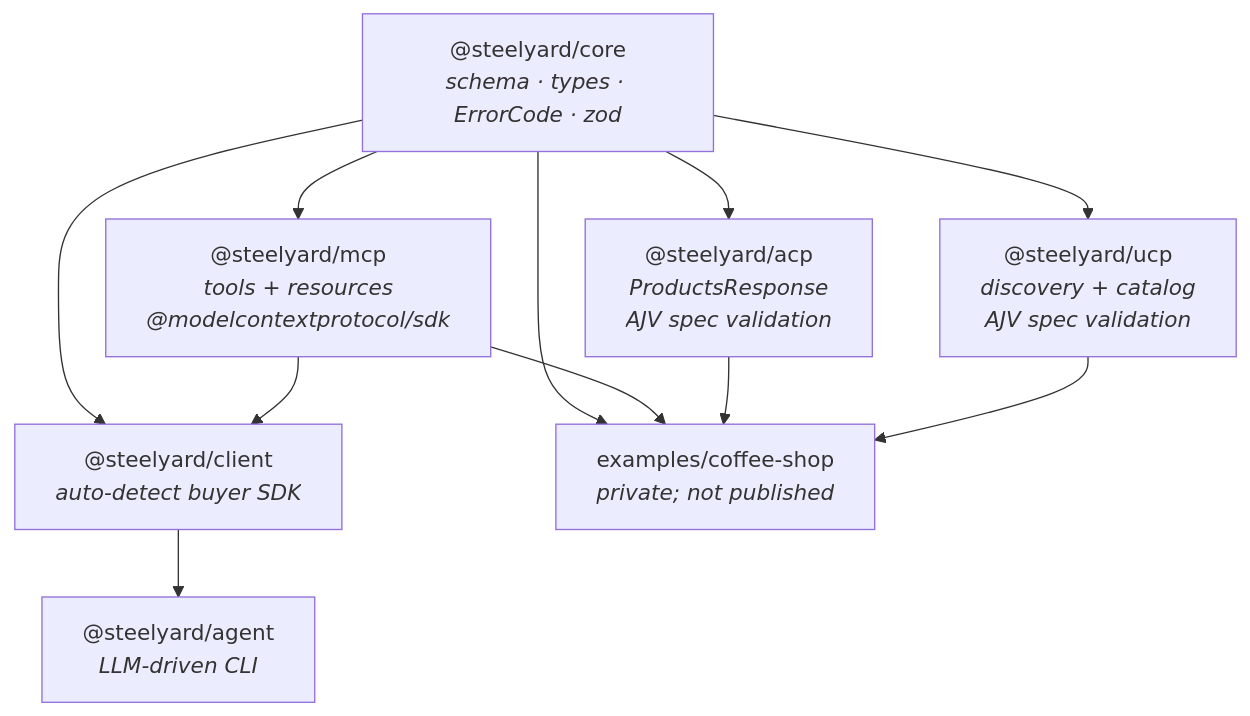
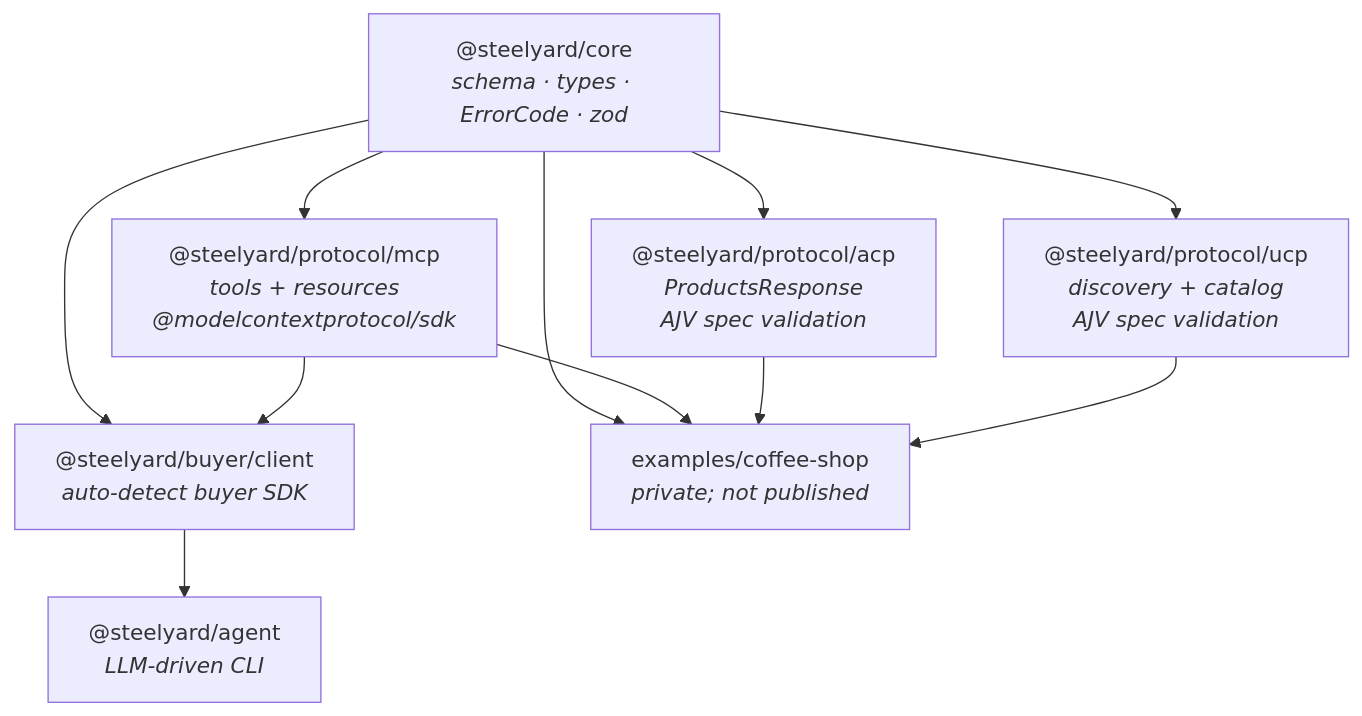
One commit to steelyard-dev/steelyard-sdk changed the first of 2 diagrams in docs/architecture.md. Above: the diagram before and after it, drawn with Mermaid. The commit also changed other lines of this file and 24 other files, not shown here.

````diff
--- a/docs/architecture.md
+++ b/docs/architecture.md
@@ -5,21 +5,21 @@
 ```mermaid
 graph TD
   core["@steelyard/core<br/><i>schema · types · ErrorCode · zod</i>"]
-  mcp["@steelyard/mcp<br/><i>tools + resources<br/>@modelcontextprotocol/sdk</i>"]
-  acp["@steelyard/acp<br/><i>ProductsResponse<br/>AJV spec validation</i>"]
-  ucp["@steelyard/ucp<br/><i>discovery + catalog<br/>AJV spec validation</i>"]
-  client["@steelyard/client<br/><i>auto-detect buyer SDK</i>"]
+  mcp["@steelyard/protocol/mcp<br/><i>tools + resources<br/>@modelcontextprotocol/sdk</i>"]
+  acp["@steelyard/protocol/acp<br/><i>ProductsResponse<br/>AJV spec validation</i>"]
+  ucp["@steelyard/protocol/ucp<br/><i>discovery + catalog<br/>AJV spec validation</i>"]
+  client["@steelyard/buyer/client<br/><i>auto-detect buyer SDK</i>"]
   agent["@steelyard/agent<br/><i>LLM-driven CLI</i>"]
   example["examples/coffee-shop<br/><i>private; not published</i>"]
 
   core --> mcp
   core --> acp
   core --> ucp
   core --> client
   mcp --> client
   client --> agent
   core --> example
   mcp --> example
   acp --> example
   ucp --> example
 ```
````
